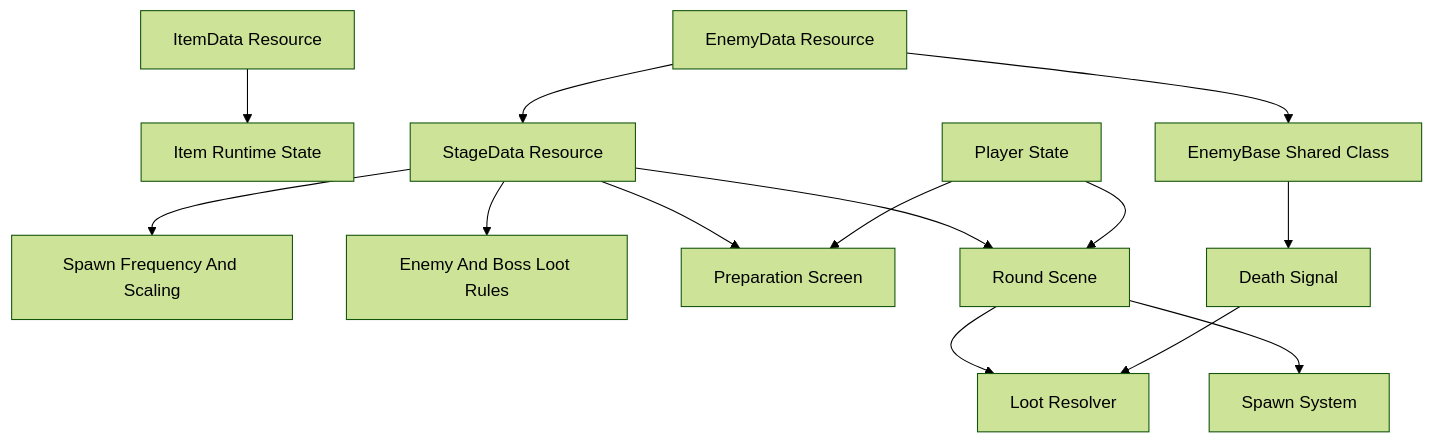
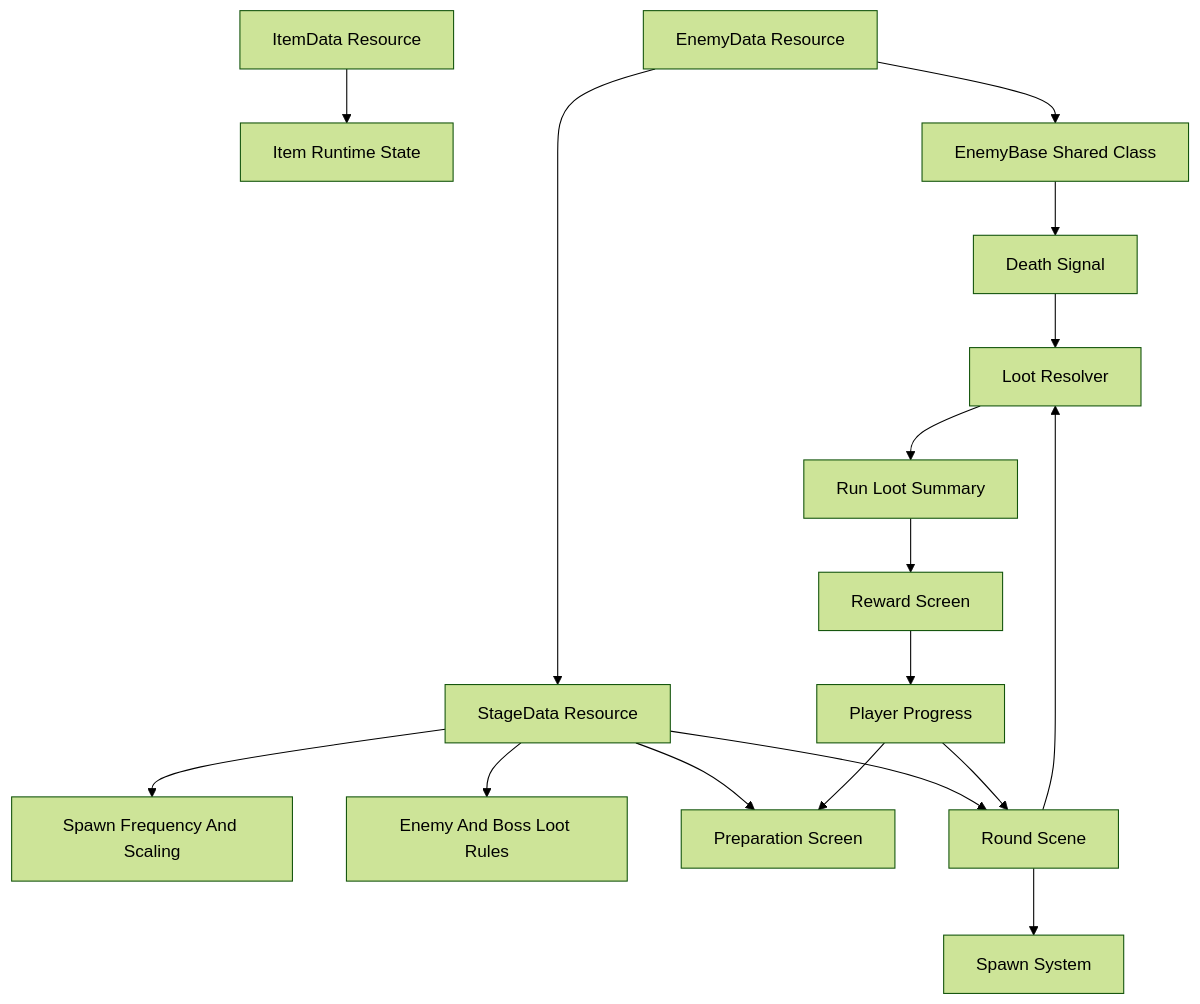
One commit to caboyd/loot_shoot changed the first of 3 diagrams in .cursor/plans/godot_node_buster_bc1185c4.plan.md. Above: the diagram before and after it, drawn with Mermaid (forest theme). The commit also changed other lines of this file, not shown here.

````diff
--- a/.cursor/plans/godot_node_buster_bc1185c4.plan.md
+++ b/.cursor/plans/godot_node_buster_bc1185c4.plan.md
@@ -58,16 +61,19 @@
 ```mermaid
 flowchart TD
     ItemData[ItemData Resource] --> ItemRuntime[Item Runtime State]
     EnemyData[EnemyData Resource] --> EnemyBase[EnemyBase Shared Class]
     EnemyData --> StageData[StageData Resource]
     StageData --> SpawnRules[Spawn Frequency And Scaling]
     StageData --> LootRules[Enemy And Boss Loot Rules]
     StageData[StageData Resource] --> PreparationScreen[Preparation Screen]
     StageData --> RoundScene[Round Scene]
     RoundScene --> SpawnSystem[Spawn System]
     RoundScene --> LootResolver[Loot Resolver]
+    LootResolver --> RunLoot[Run Loot Summary]
+    RunLoot --> RewardScreen[Reward Screen]
+    RewardScreen --> PlayerProgress
     EnemyBase --> DeathSignal[Death Signal]
     DeathSignal --> LootResolver
-    PlayerState[Player State] --> PreparationScreen
-    PlayerState --> RoundScene
+    PlayerProgress[Player Progress] --> PreparationScreen
+    PlayerProgress --> RoundScene
 ```
````
